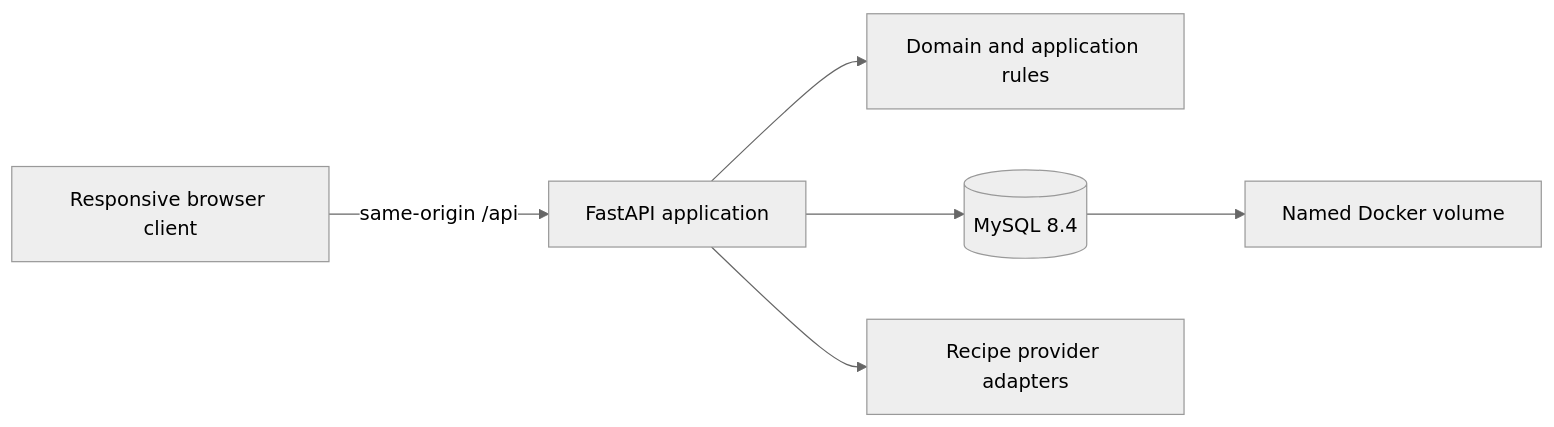
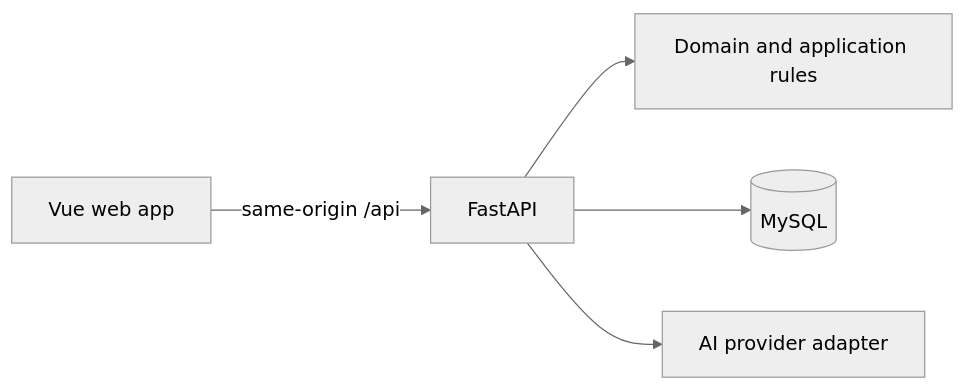
Before and after one commit to jyfmidi/FridgePal: the second of 2 diagrams in README.md, drawn with Mermaid (neutral theme). The commit also changed other lines of this file and 1 other file, not shown here.

````diff
--- a/README.md
+++ b/README.md
@@ -51,8 +81,7 @@
 ```mermaid
 flowchart LR
-    BROWSER["Responsive browser client"] -->|"same-origin /api"| APP["FastAPI application"]
-    APP --> DOMAIN["Domain and application rules"]
-    APP --> DB[("MySQL 8.4")]
-    APP --> RECIPE["Recipe provider adapters"]
-    DB --> VOLUME["Named Docker volume"]
+    UI["Vue web app"] -->|"same-origin /api"| API["FastAPI"]
+    API --> DOMAIN["Domain and application rules"]
+    API --> DB[("MySQL")]
+    API --> AI["AI provider adapter"]
 ```
````
